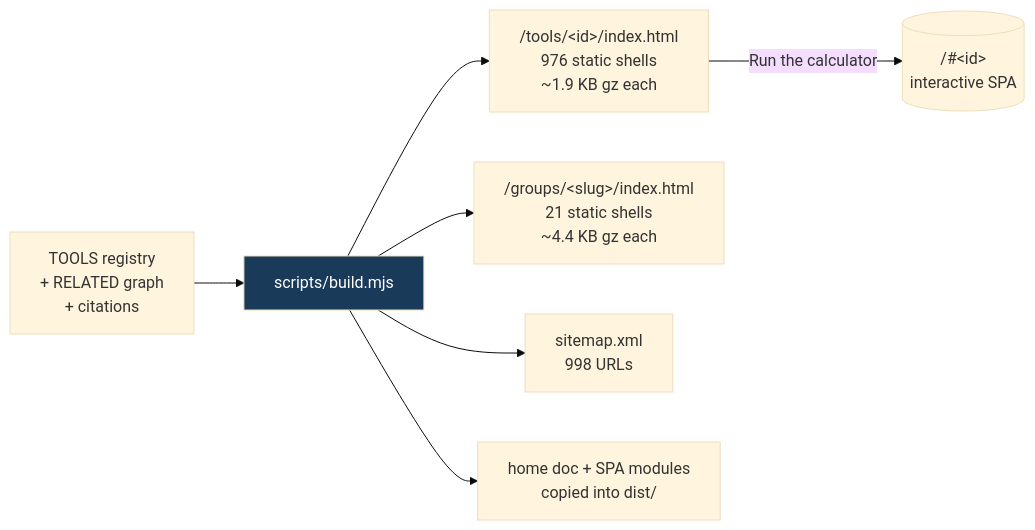
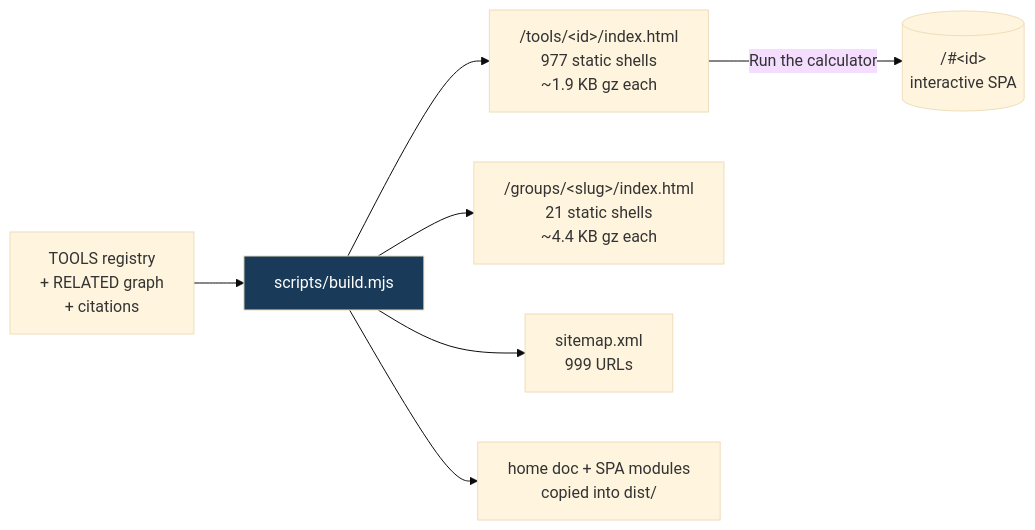
The fifth of 8 diagrams in README.md (clay-good/roughlogic.com), drawn with Mermaid (base theme) before and after one commit. The commit also changed other lines of this file and 12 other files, not shown here.

````diff
--- a/README.md
+++ b/README.md
@@ -495,10 +495,10 @@
 ```mermaid
 flowchart LR
     SRC[TOOLS registry\n+ RELATED graph\n+ citations] --> BUILD[scripts/build.mjs]
-    BUILD --> TILE["/tools/&lt;id&gt;/index.html\n976 static shells\n~1.9 KB gz each"]
+    BUILD --> TILE["/tools/&lt;id&gt;/index.html\n977 static shells\n~1.9 KB gz each"]
     BUILD --> GROUP["/groups/&lt;slug&gt;/index.html\n21 static shells\n~4.4 KB gz each"]
-    BUILD --> MAP["sitemap.xml\n998 URLs"]
+    BUILD --> MAP["sitemap.xml\n999 URLs"]
     BUILD --> COPY[home doc + SPA modules\ncopied into dist/]
     TILE -->|Run the calculator| SPA[("/#&lt;id&gt;\ninteractive SPA")]
     style BUILD fill:#1a3a5a,color:#fff
 ```
````
